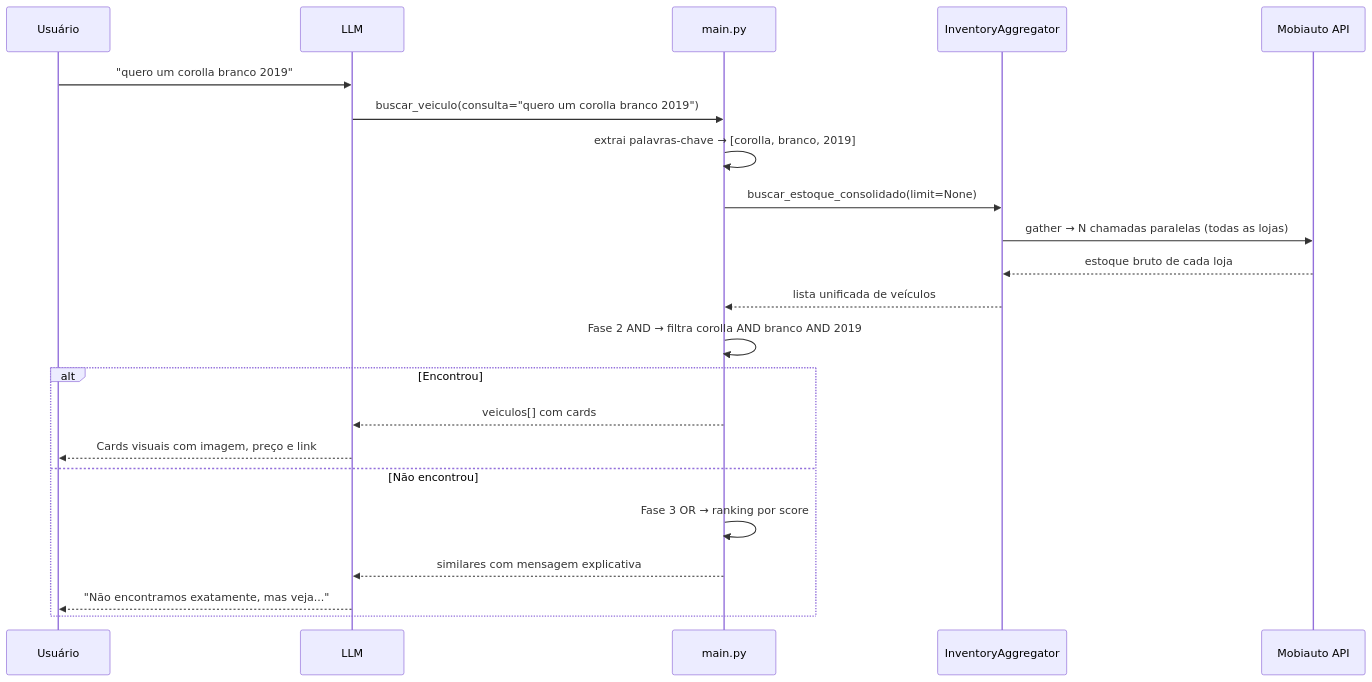
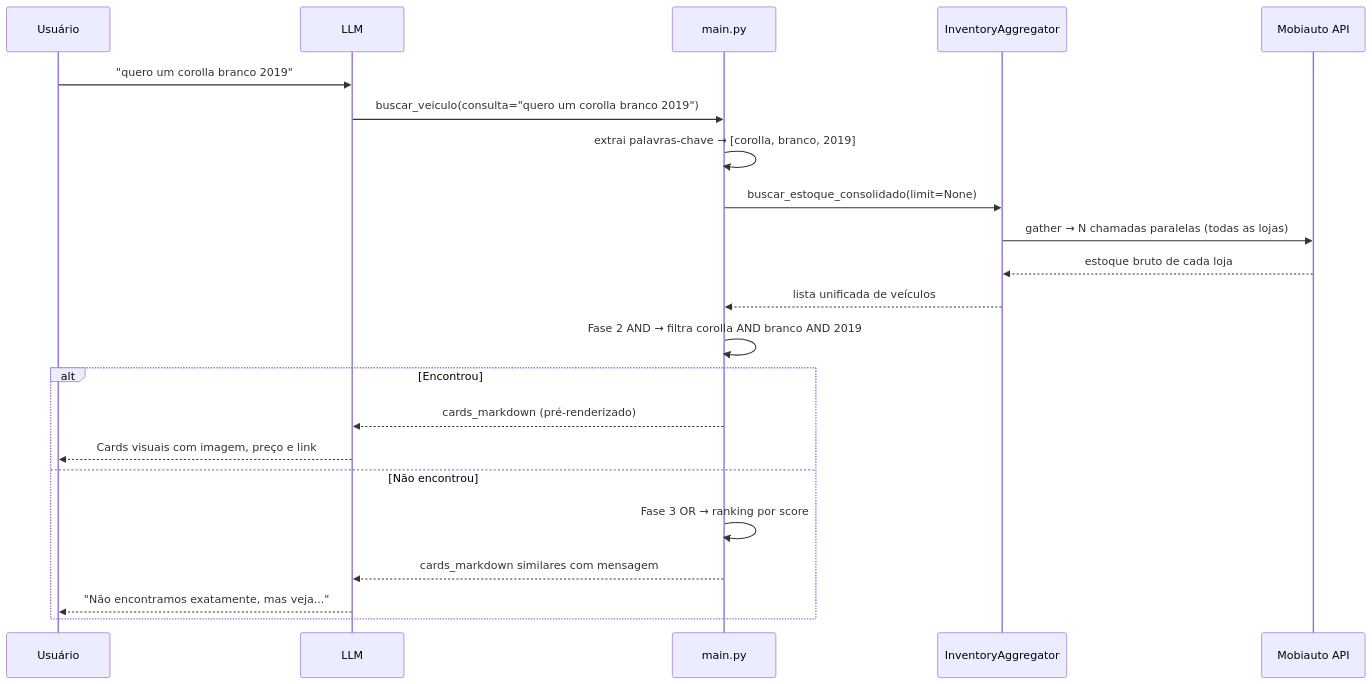
Before and after one commit to JoaaoCunhaa/ml-mcp-ia-vendas: the first of 2 diagrams in docs/03_fluxo.md, drawn with Mermaid. The commit also changed other lines of this file and 13 other files, not shown here.

````diff
--- a/docs/03_fluxo.md
+++ b/docs/03_fluxo.md
@@ -102,25 +161,25 @@
 ```mermaid
 sequenceDiagram
     participant U as Usuário
     participant L as LLM
     participant M as main.py
     participant A as InventoryAggregator
     participant MB as Mobiauto API
 
     U->>L: "quero um corolla branco 2019"
     L->>M: buscar_veiculo(consulta="quero um corolla branco 2019")
     M->>M: extrai palavras-chave → [corolla, branco, 2019]
     M->>A: buscar_estoque_consolidado(limit=None)
     A->>MB: gather → N chamadas paralelas (todas as lojas)
     MB-->>A: estoque bruto de cada loja
     A-->>M: lista unificada de veículos
     M->>M: Fase 2 AND → filtra corolla AND branco AND 2019
     alt Encontrou
-        M-->>L: veiculos[] com cards
+        M-->>L: cards_markdown (pré-renderizado)
         L-->>U: Cards visuais com imagem, preço e link
     else Não encontrou
         M->>M: Fase 3 OR → ranking por score
-        M-->>L: similares com mensagem explicativa
+        M-->>L: cards_markdown similares com mensagem
         L-->>U: "Não encontramos exatamente, mas veja..."
     end
 ```
````
